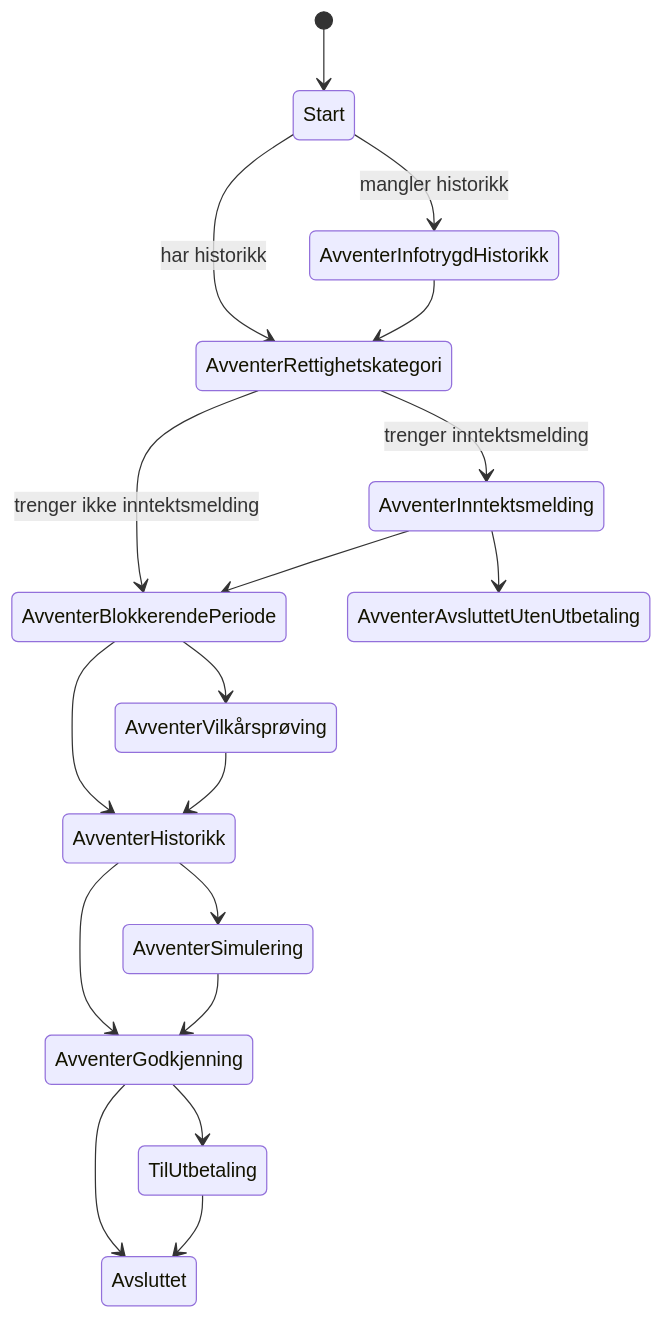
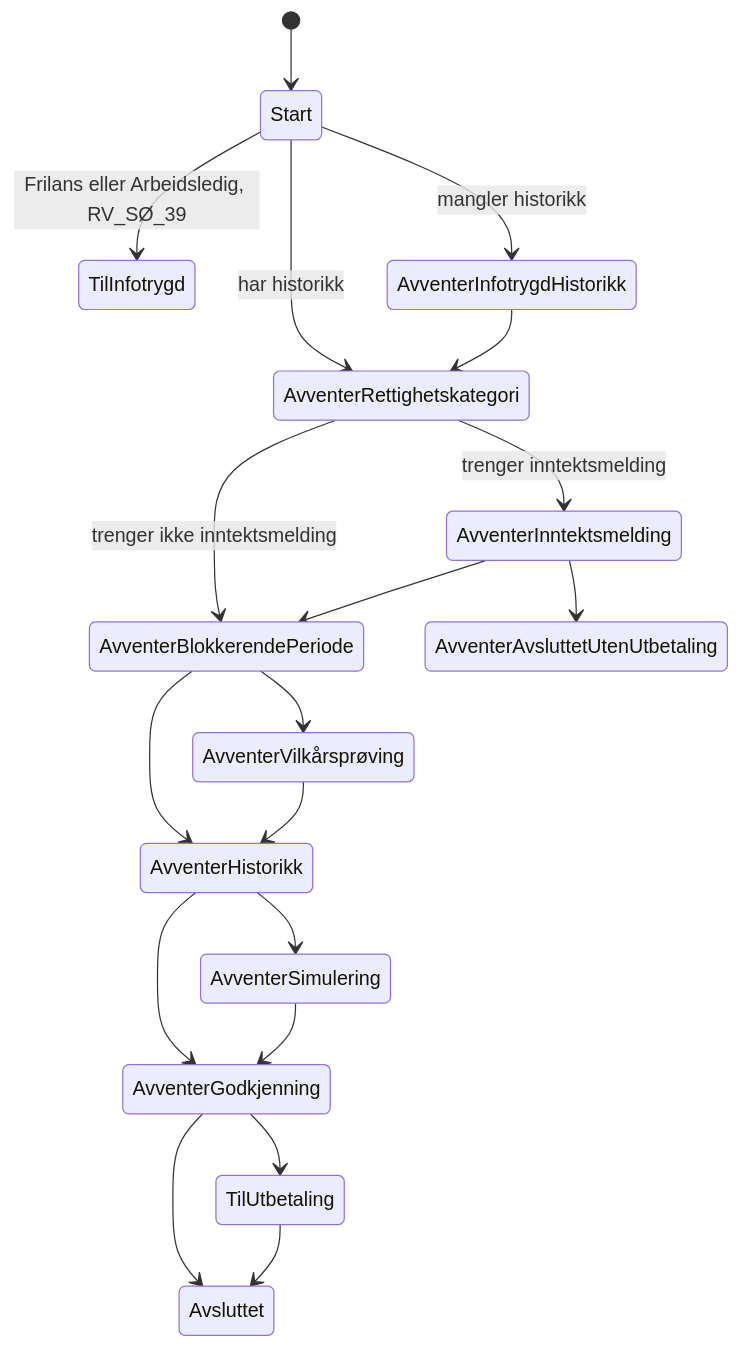
Before and after one commit to navikt/helse-sas-meta: the diagram in docs/forenkle-tilstandsmaskin.md, drawn with Mermaid. The commit also changed other lines of this file, not shown here.

````diff
--- a/docs/forenkle-tilstandsmaskin.md
+++ b/docs/forenkle-tilstandsmaskin.md
@@ -104,20 +121,21 @@
 ```mermaid
 stateDiagram-v2
     [*] --> Start
+    Start --> TilInfotrygd: Frilans eller Arbeidsledig, RV_SØ_39
     Start --> AvventerInfotrygdHistorikk: mangler historikk
     Start --> AvventerRettighetskategori: har historikk
     AvventerInfotrygdHistorikk --> AvventerRettighetskategori
     AvventerRettighetskategori --> AvventerInntektsmelding: trenger inntektsmelding
     AvventerRettighetskategori --> AvventerBlokkerendePeriode: trenger ikke inntektsmelding
     AvventerInntektsmelding --> AvventerAvsluttetUtenUtbetaling
     AvventerInntektsmelding --> AvventerBlokkerendePeriode
     AvventerBlokkerendePeriode --> AvventerVilkårsprøving
     AvventerBlokkerendePeriode --> AvventerHistorikk
     AvventerVilkårsprøving --> AvventerHistorikk
     AvventerHistorikk --> AvventerSimulering
     AvventerHistorikk --> AvventerGodkjenning
     AvventerSimulering --> AvventerGodkjenning
     AvventerGodkjenning --> TilUtbetaling
     AvventerGodkjenning --> Avsluttet
     TilUtbetaling --> Avsluttet
 ```
````
